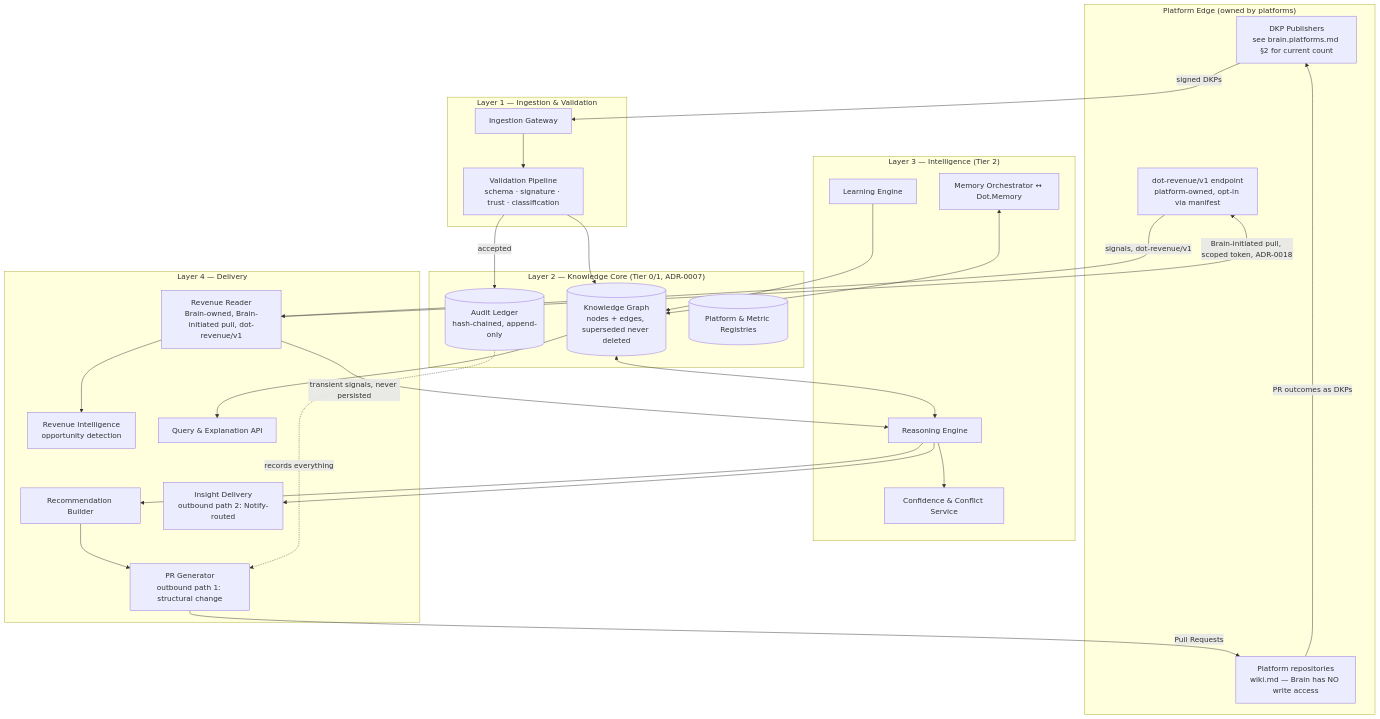
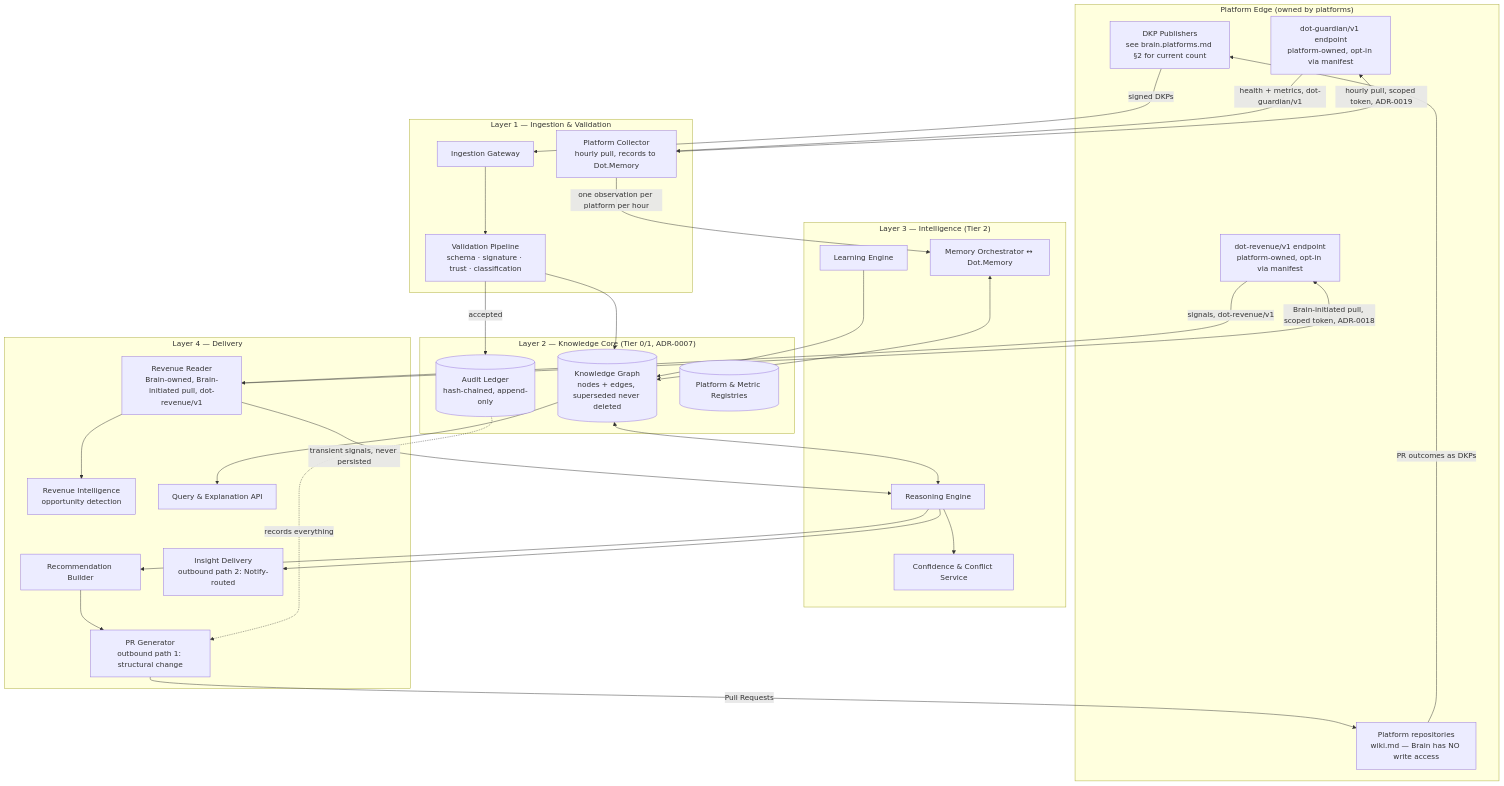
One commit to sakhilebhayi/Dot.Brain changed the first of 2 diagrams in brain.architecture.md. Above: the diagram before and after it, drawn with Mermaid. The commit also changed other lines of this file and 3 other files, not shown here.

Commit message:
docs: add ADR-0019, the collector README, and architecture/security updates

````diff
--- a/brain.architecture.md
+++ b/brain.architecture.md
@@ -31,47 +31,52 @@
 ```mermaid
 graph TB
     subgraph P["Platform Edge (owned by platforms)"]
         PUB[DKP Publishers<br/>see brain.platforms.md §2 for current count]
         REPOS[Platform repositories<br/>wiki.md — Brain has NO write access]
         REVEP[dot-revenue/v1 endpoint<br/>platform-owned, opt-in via manifest]
+        HEALTHEP[dot-guardian/v1 endpoint<br/>platform-owned, opt-in via manifest]
     end
     subgraph L1["Layer 1 — Ingestion & Validation"]
         GW[Ingestion Gateway]
         VAL[Validation Pipeline<br/>schema · signature · trust · classification]
+        COLLECT[Platform Collector<br/>hourly pull, records to Dot.Memory]
     end
     subgraph L2["Layer 2 — Knowledge Core (Tier 0/1, ADR-0007)"]
         LEDGER[(Audit Ledger<br/>hash-chained, append-only)]
         GRAPH[(Knowledge Graph<br/>nodes + edges, superseded never deleted)]
         REG[(Platform & Metric Registries)]
     end
     subgraph L3["Layer 3 — Intelligence (Tier 2)"]
         REASON[Reasoning Engine]
         LEARN[Learning Engine]
         MEM[Memory Orchestrator ↔ Dot.Memory]
         CONF[Confidence & Conflict Service]
     end
     subgraph L4["Layer 4 — Delivery"]
         REC[Recommendation Builder]
         PRGEN[PR Generator<br/>outbound path 1: structural change]
         INSDEL[Insight Delivery<br/>outbound path 2: Notify-routed]
         REVREAD[Revenue Reader<br/>Brain-owned, Brain-initiated pull, dot-revenue/v1]
         REVINTEL[Revenue Intelligence<br/>opportunity detection]
         QUERY[Query & Explanation API]
     end
     PUB -->|signed DKPs| GW --> VAL
     VAL -->|accepted| LEDGER
     VAL --> GRAPH
     GRAPH <--> REASON
     REASON --> CONF
     LEARN --> GRAPH
     MEM <--> GRAPH
     REASON --> REC --> PRGEN -->|Pull Requests| REPOS
     REASON --> INSDEL
     REVREAD -->|Brain-initiated pull, scoped token, ADR-0018| REVEP
     REVEP -->|signals, dot-revenue/v1| REVREAD
+    COLLECT -->|hourly pull, scoped token, ADR-0019| HEALTHEP
+    HEALTHEP -->|health + metrics, dot-guardian/v1| COLLECT
+    COLLECT -->|one observation per platform per hour| MEM
     REVREAD -->|transient signals, never persisted| REASON
     REVREAD --> REVINTEL
     REPOS -->|PR outcomes as DKPs| PUB
     GRAPH --> QUERY
     LEDGER -.records everything.-> PRGEN
 ```
````
